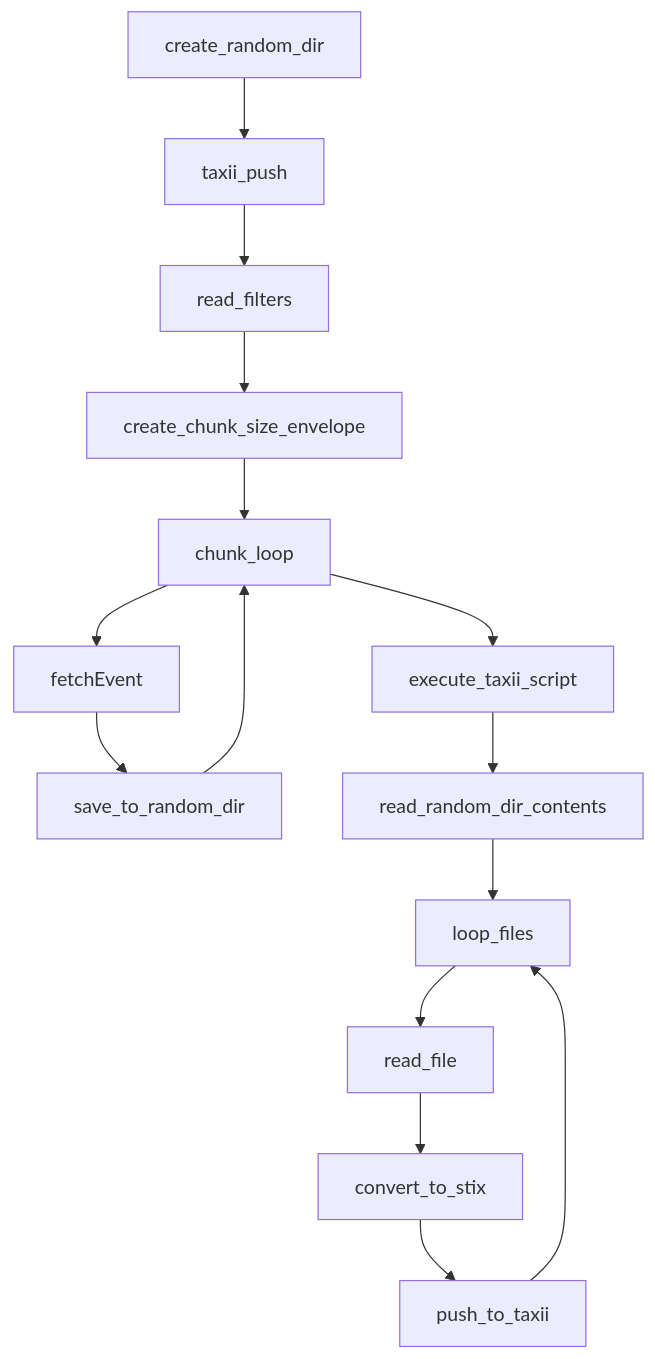
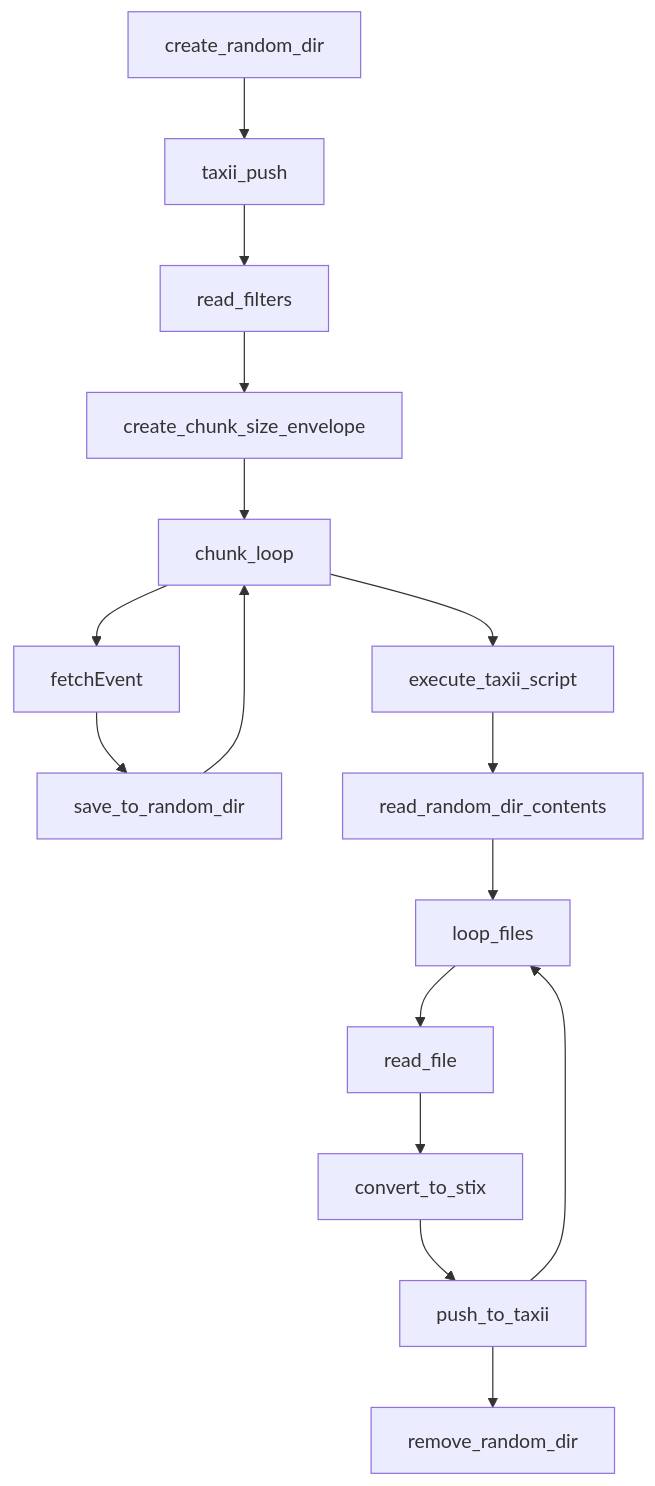
The diagram in docs/taxii.md (MISP/MISP), drawn with Mermaid before and after one commit.

Commit message:
fix: [docs] small change

````diff
--- a/docs/taxii.md
+++ b/docs/taxii.md
@@ -1,17 +1,18 @@
 ```mermaid
 graph TD;
   create_random_dir-->taxii_push
   taxii_push-->read_filters
   read_filters-->create_chunk_size_envelope
   create_chunk_size_envelope-->chunk_loop
   chunk_loop-->fetchEvent
   fetchEvent-->save_to_random_dir
   save_to_random_dir-->chunk_loop
   chunk_loop-->execute_taxii_script
   execute_taxii_script-->read_random_dir_contents
   read_random_dir_contents-->loop_files
   loop_files-->read_file
   read_file-->convert_to_stix
   convert_to_stix-->push_to_taxii
   push_to_taxii-->loop_files
+  push_to_taxii-->remove_random_dir
   ```
````
